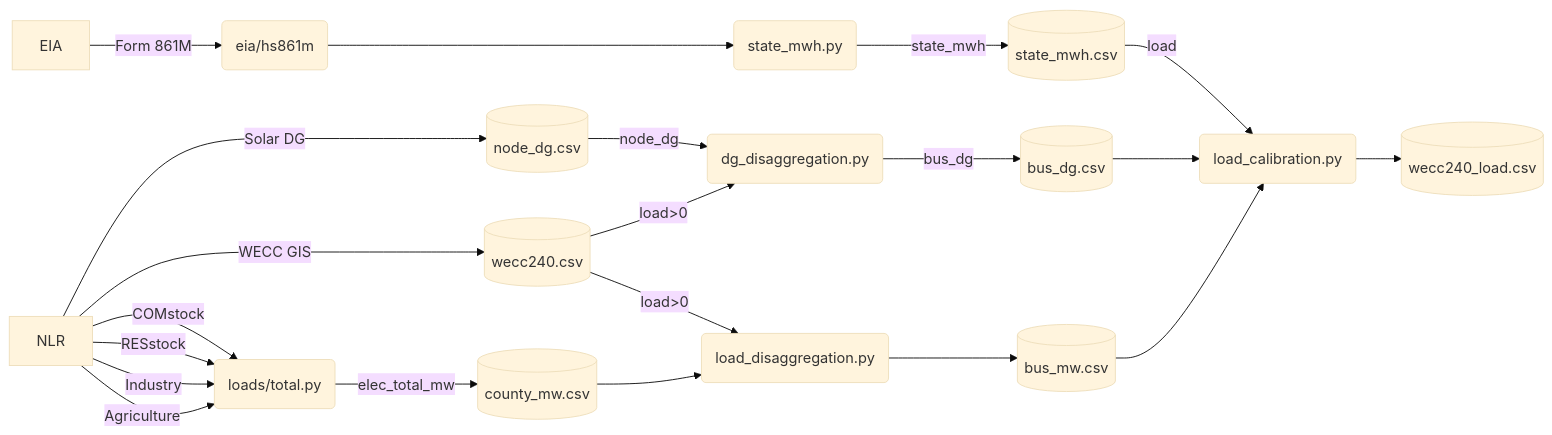
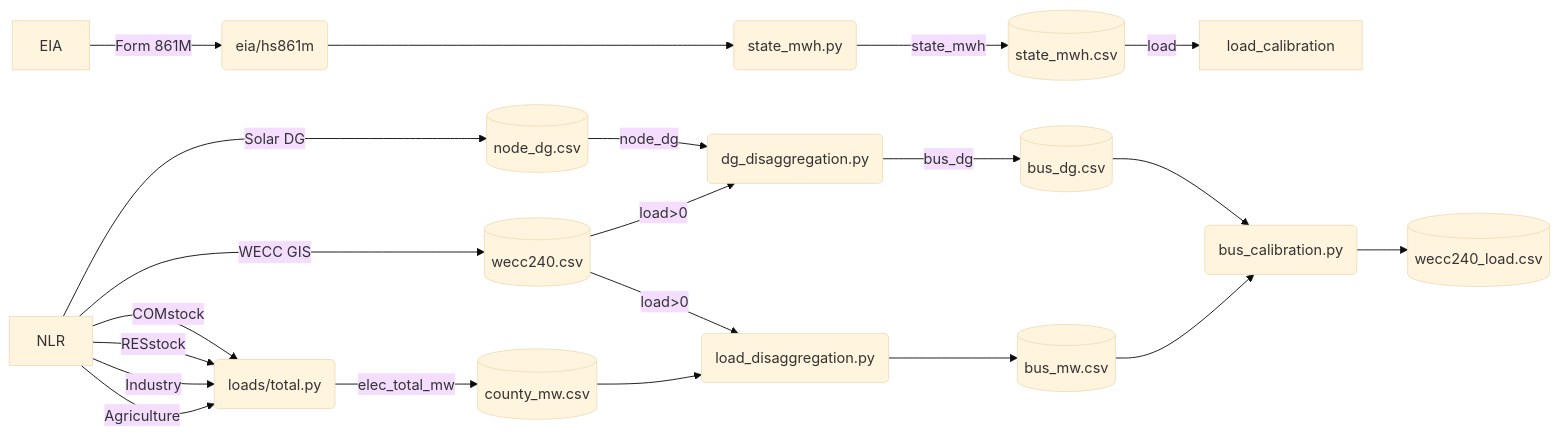
Before and after one commit to eudoxys/wecc240: the diagram in wecc240/data/README.md, drawn with Mermaid (base theme). The commit also changed 5 other files, not shown here.

````diff
--- a/wecc240/data/README.md
+++ b/wecc240/data/README.md
@@ -2,24 +2,24 @@
 ```mermaid
 flowchart LR
 
     EIA --Form 861M-->  eia/hs862m.py(eia/hs861m) ---> state_mwh
     state_mwh(state_mwh.py) --state_mwh--> energy[(state_mwh.csv)] --load--> load_calibration
 
     NLR --Solar DG---> node_dg[(node_dg.csv)] --node_dg--> dg_disaggregation
     NLR --WECC GIS---> wecc240[(wecc240.csv)] --load>0--> dg_disaggregation
     dg_disaggregation(dg_disaggregation.py) --bus_dg--> bus_dg[(bus_dg.csv)]
 
     NLR --COMstock--> loads
     NLR --RESstock--> loads
     NLR --Industry--> loads
     NLR --Agriculture--> loads
     loads(loads/total.py) --elec_total_mw--> county_mw[(county_mw.csv)] --> load_disaggregation
     
     wecc240 --load>0--> load_disaggregation --> bus_mw[(bus_mw.csv)]
     load_disaggregation(load_disaggregation.py)
 
-    bus_dg --> load_calibration
-    bus_mw --> load_calibration
-    load_calibration(load_calibration.py) --> wecc240_load
+    bus_dg --> bus_calibration
+    bus_mw --> bus_calibration
+    bus_calibration(bus_calibration.py) --> wecc240_load
     wecc240_load[(wecc240_load.csv)]
 ```
````
